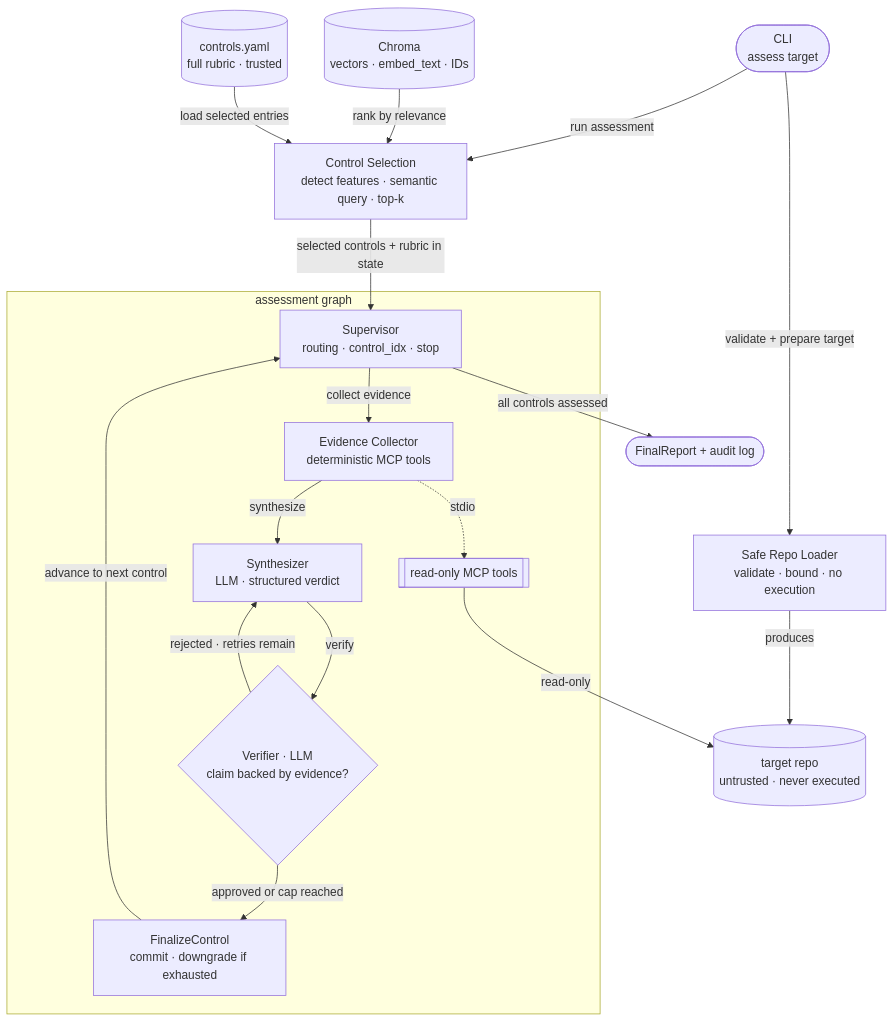
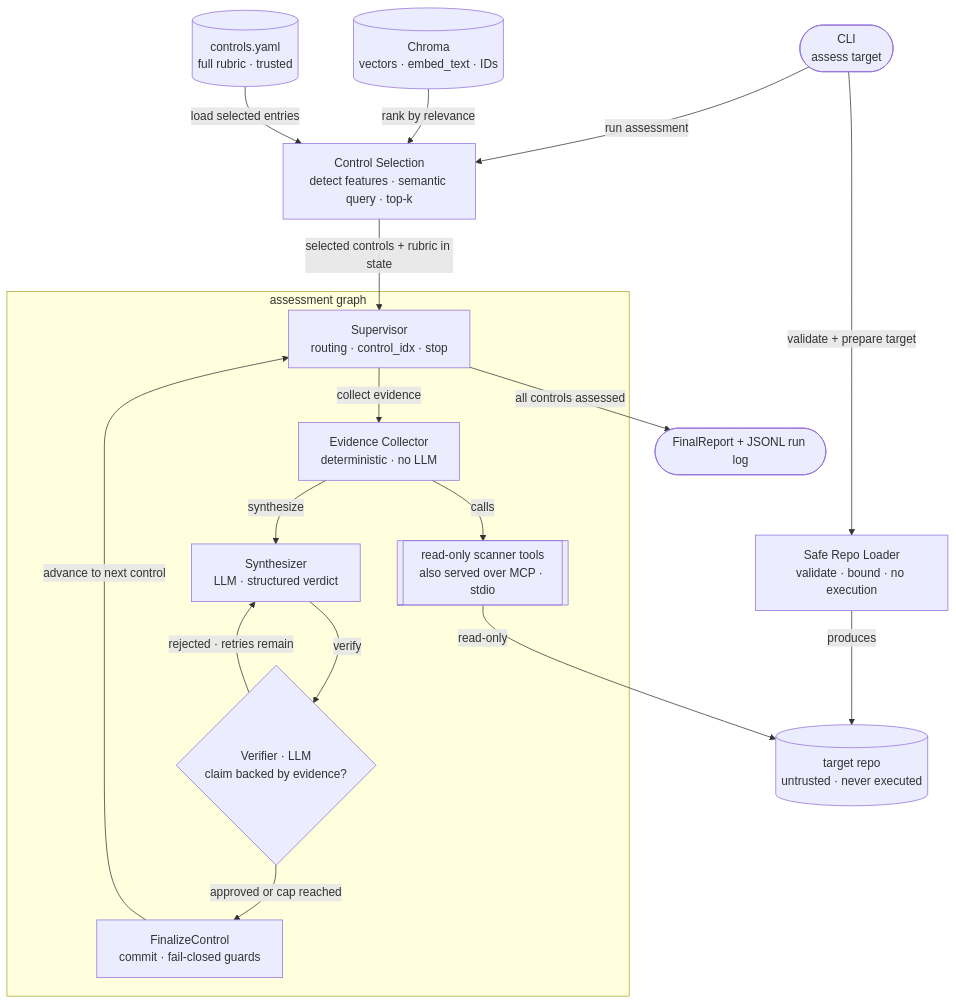
One commit to perspectivism/agentic-compliance-checker changed the diagram in README.md. Above: the diagram before and after it, drawn with Mermaid. The commit also changed other lines of this file and 34 other files, not shown here.

````diff
--- a/README.md
+++ b/README.md
@@ -26,30 +49,30 @@
 ```mermaid
 flowchart TD
     CLI([CLI<br/>assess target])
 
     CLI -->|validate + prepare target| LOADER[Safe Repo Loader<br/>validate · bound · no execution]
     LOADER -->|produces| REPO[(target repo<br/>untrusted · never executed)]
 
     CLI -->|run assessment| SELECTION[Control Selection<br/>detect features · semantic query · top-k]
     CHROMA[(Chroma<br/>vectors · embed_text · IDs)] -->|rank by relevance| SELECTION
     YAML[(controls.yaml<br/>full rubric · trusted)] -->|load selected entries| SELECTION
     SELECTION -->|"selected controls + rubric in state"| SUPERVISOR
 
     subgraph GRAPH [assessment graph]
         SUPERVISOR[Supervisor<br/>routing · control_idx · stop]
 
-        SUPERVISOR -->|collect evidence| COLLECTOR[Evidence Collector<br/>deterministic MCP tools]
-        COLLECTOR -. stdio .-> MCP[[read-only MCP tools]]
+        SUPERVISOR -->|collect evidence| COLLECTOR[Evidence Collector<br/>deterministic · no LLM]
+        COLLECTOR -->|calls| SCANNERS[[read-only scanner tools<br/>also served over MCP · stdio]]
 
         COLLECTOR -->|synthesize| SYNTH[Synthesizer<br/>LLM · structured verdict]
         SYNTH -->|verify| VERIFIER{Verifier · LLM<br/>claim backed by evidence?}
 
-        VERIFIER -->|approved or cap reached| FINALIZE[FinalizeControl<br/>commit · downgrade if exhausted]
+        VERIFIER -->|approved or cap reached| FINALIZE[FinalizeControl<br/>commit · fail-closed guards]
         FINALIZE -->|"advance to next control"| SUPERVISOR
         VERIFIER -->|"rejected · retries remain"| SYNTH
     end
 
-    SUPERVISOR -->|all controls assessed| FINAL([FinalReport + audit log])
+    SUPERVISOR -->|all controls assessed| FINAL([FinalReport + JSONL run log])
 
-    MCP -->|read-only| REPO
+    SCANNERS -->|read-only| REPO
 ```
````
